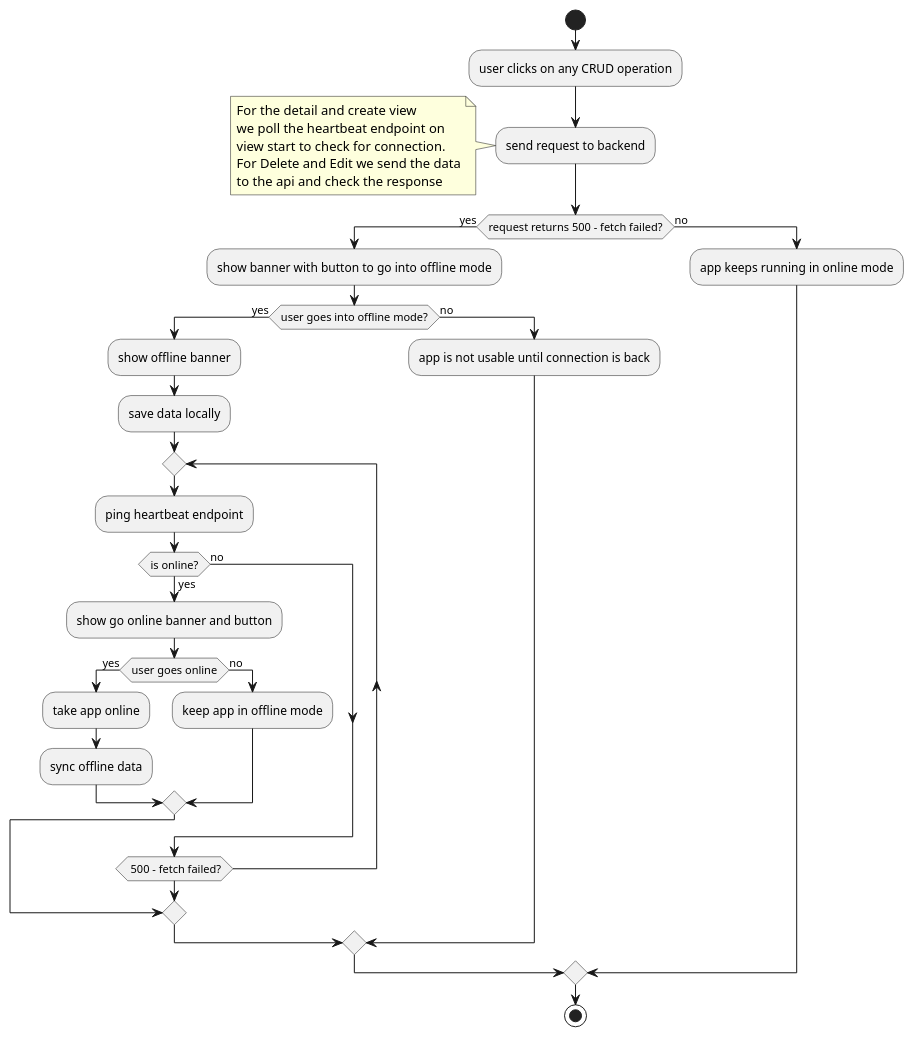
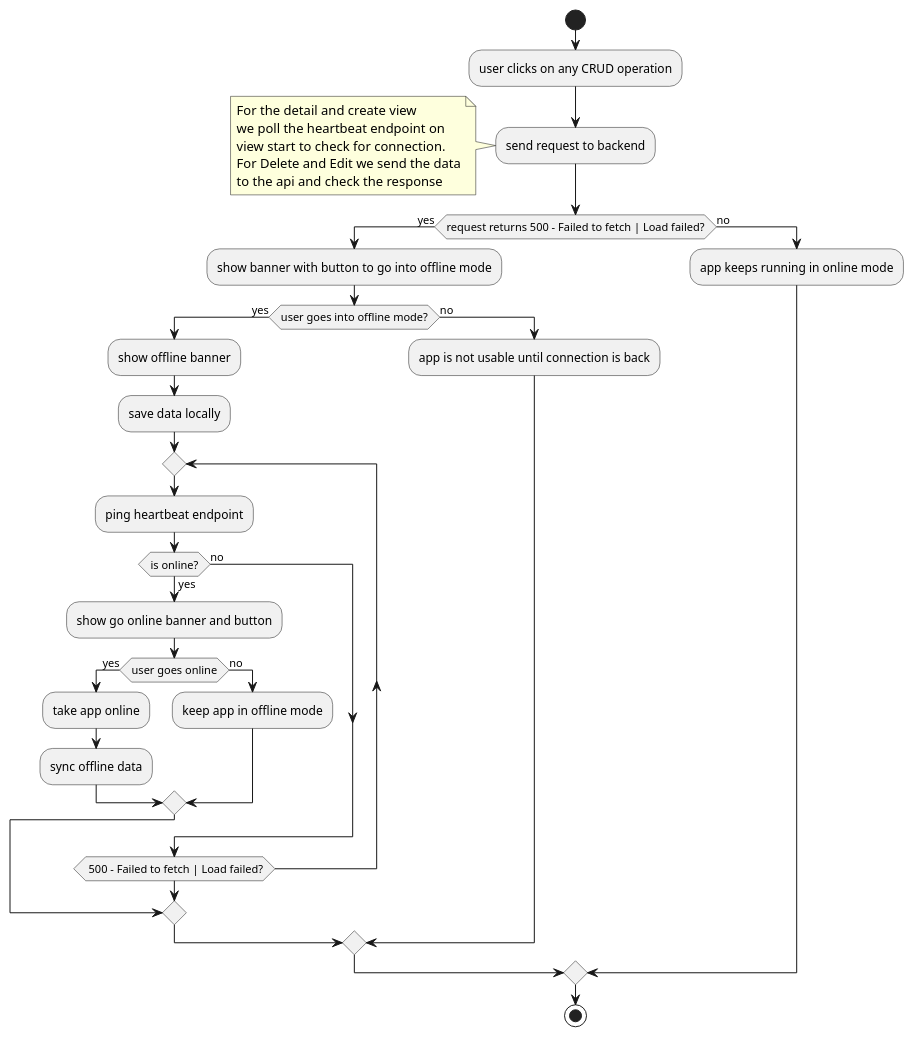
Before and after one commit to gipfeli-io/documentation: the second of 2 diagrams in docs/architecture/frontend/offline-support.md, drawn with PlantUML. The commit also changed other lines of this file and 1 other file, not shown here.

````diff
--- a/docs/architecture/frontend/offline-support.md
+++ b/docs/architecture/frontend/offline-support.md
@@ -87,43 +88,43 @@
 ```plantuml Current workflow with manual switch between offline and online mode
 @startuml
 
 start
 :user clicks on any CRUD operation;
 :send request to backend;
 note left 
   For the detail and create view 
   we poll the heartbeat endpoint on
   view start to check for connection.
   For Delete and Edit we send the data
   to the api and check the response
 end note
-if(request returns 500 - fetch failed?) then (yes)
+if(request returns 500 - Failed to fetch | Load failed?) then (yes)
 :show banner with button to go into offline mode;
 if(user goes into offline mode?) then (yes)
 :show offline banner;
 :save data locally;
  repeat
     :ping heartbeat endpoint;
     if(is online?) then (yes)
       :show go online banner and button;
       if(user goes online) then (yes)
       :take app online;
       :sync offline data;
       else (no)
       :keep app in offline mode;
       endif
       break;
     else (no)
     endif
-  repeat while ( 500 - fetch failed?)
+  repeat while ( 500 - Failed to fetch | Load failed?)
 else (no)
 :app is not usable until connection is back;
 endif
 else (no)
 :app keeps running in online mode;
 endif
 stop
 
 @enduml
 
 ```
````
